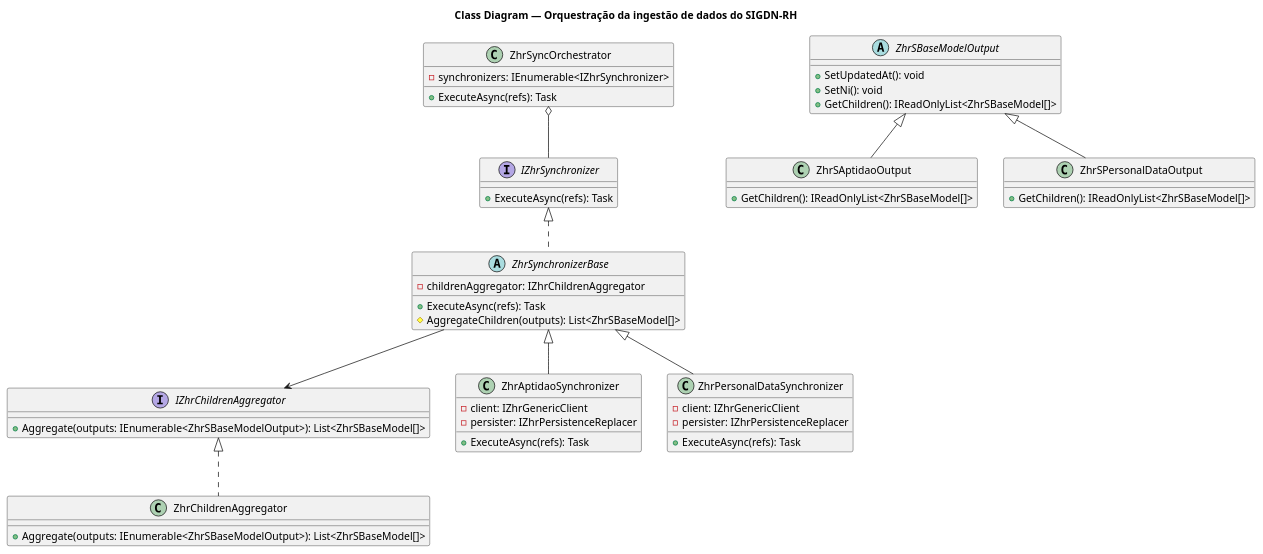
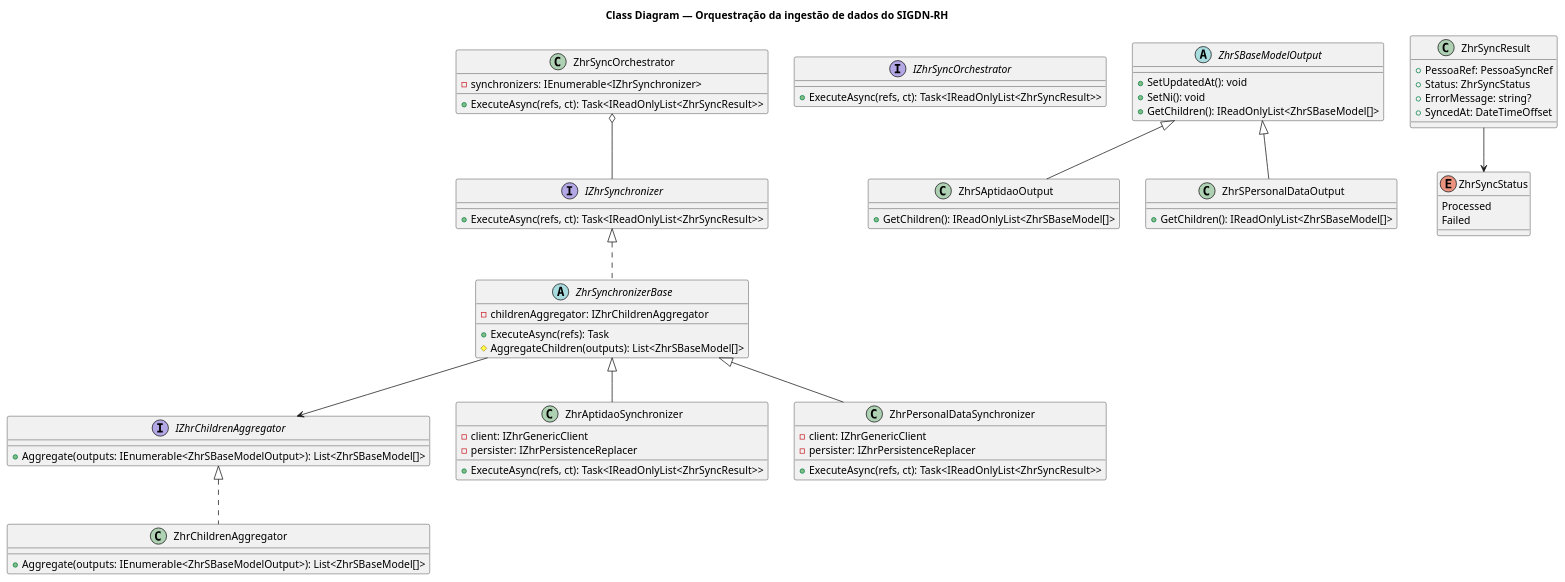
The first of 2 diagrams in docs/adr/ADR-002-sync-orchestration-strategy.md (Raimundo82/pessoas-integracao), drawn with PlantUML before and after one commit. The commit also changed other lines of this file, not shown here.

Commit message:
docs: update ADR-002 to include synchronization result strategy and refine diagrams

````diff
--- a/docs/adr/ADR-002-sync-orchestration-strategy.md
+++ b/docs/adr/ADR-002-sync-orchestration-strategy.md
@@ -48,65 +61,82 @@
 ```plantuml
 @startuml Class Diagram
 
 title Class Diagram — Orquestração da ingestão de dados do SIGDN-RH
 
 interface IZhrSynchronizer {
-    +ExecuteAsync(refs): Task
+    +ExecuteAsync(refs, ct): Task<IReadOnlyList<ZhrSyncResult>>
+}
+
+interface IZhrSyncOrchestrator {
+    +ExecuteAsync(refs, ct): Task<IReadOnlyList<ZhrSyncResult>>
 }
 
 interface IZhrChildrenAggregator {
     +Aggregate(outputs: IEnumerable<ZhrSBaseModelOutput>): List<ZhrSBaseModel[]>
 }
 
 abstract class ZhrSBaseModelOutput {
     +SetUpdatedAt(): void
     +SetNi(): void
     +GetChildren(): IReadOnlyList<ZhrSBaseModel[]>
 }
 
 abstract class ZhrSynchronizerBase {
     -childrenAggregator: IZhrChildrenAggregator
     +ExecuteAsync(refs): Task
     #AggregateChildren(outputs): List<ZhrSBaseModel[]>
 }
 
 class ZhrSyncOrchestrator {
     -synchronizers: IEnumerable<IZhrSynchronizer>
-    +ExecuteAsync(refs): Task
+    +ExecuteAsync(refs, ct): Task<IReadOnlyList<ZhrSyncResult>>
 }
 
 class ZhrAptidaoSynchronizer {
     -client: IZhrGenericClient
     -persister: IZhrPersistenceReplacer
-    +ExecuteAsync(refs): Task
+    +ExecuteAsync(refs, ct): Task<IReadOnlyList<ZhrSyncResult>>
 }
 
 class ZhrPersonalDataSynchronizer {
     -client: IZhrGenericClient
     -persister: IZhrPersistenceReplacer
-    +ExecuteAsync(refs): Task
+    +ExecuteAsync(refs, ct): Task<IReadOnlyList<ZhrSyncResult>>
+}
+
+class ZhrSyncResult {
+    +PessoaRef: PessoaSyncRef
+    +Status: ZhrSyncStatus
+    +ErrorMessage: string?
+    +SyncedAt: DateTimeOffset
+}
+
+enum ZhrSyncStatus {
+    Processed
+    Failed
 }
 
 class ZhrChildrenAggregator {
     +Aggregate(outputs: IEnumerable<ZhrSBaseModelOutput>): List<ZhrSBaseModel[]>
 }
 
 class ZhrSAptidaoOutput {
     +GetChildren(): IReadOnlyList<ZhrSBaseModel[]>
 }
 
 class ZhrSPersonalDataOutput {
     +GetChildren(): IReadOnlyList<ZhrSBaseModel[]>
 }
 
 ZhrSyncOrchestrator o-- IZhrSynchronizer
 IZhrSynchronizer <|.. ZhrSynchronizerBase
 ZhrSynchronizerBase <|-- ZhrAptidaoSynchronizer
 ZhrSynchronizerBase <|-- ZhrPersonalDataSynchronizer
 ZhrSynchronizerBase --> IZhrChildrenAggregator
 IZhrChildrenAggregator <|.. ZhrChildrenAggregator
+ZhrSyncResult --> ZhrSyncStatus
 ZhrSBaseModelOutput <|-- ZhrSAptidaoOutput
 ZhrSBaseModelOutput <|-- ZhrSPersonalDataOutput
 
 @enduml
 ```
````
